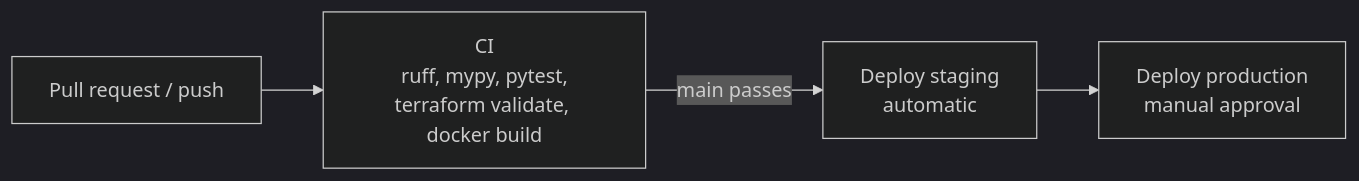
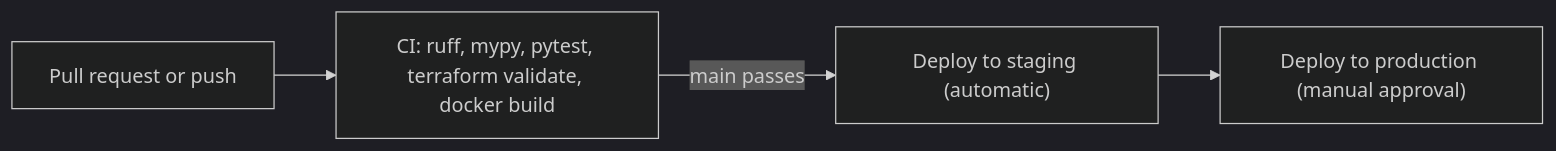
Before and after one commit to fedex85/event-processing-platform: the third of 3 diagrams in README.es.md, drawn with Mermaid (dark theme). The commit also changed 1 other file, not shown here.

Commit message:
docs: simplify CI/CD Mermaid diagram so GitHub renders it
Claude-Session: https://claude.ai/code/session_016iQZWdeiNrCvz6o5VbbSnh

````diff
--- a/README.es.md
+++ b/README.es.md
@@ -123,6 +123,6 @@
 ```mermaid
 flowchart LR
-    PR["Pull request / push"] --> CI["CI<br/>ruff, mypy, pytest,<br/>terraform validate, docker build"]
-    CI -->|"main passes"| STG["Deploy staging<br/>automatic"]
-    STG --> PROD["Deploy production<br/>manual approval"]
+    pr["Pull request or push"] --> ci["CI: ruff, mypy, pytest, terraform validate, docker build"]
+    ci -->|"main passes"| staging["Deploy to staging (automatic)"]
+    staging --> production["Deploy to production (manual approval)"]
 ```
````
